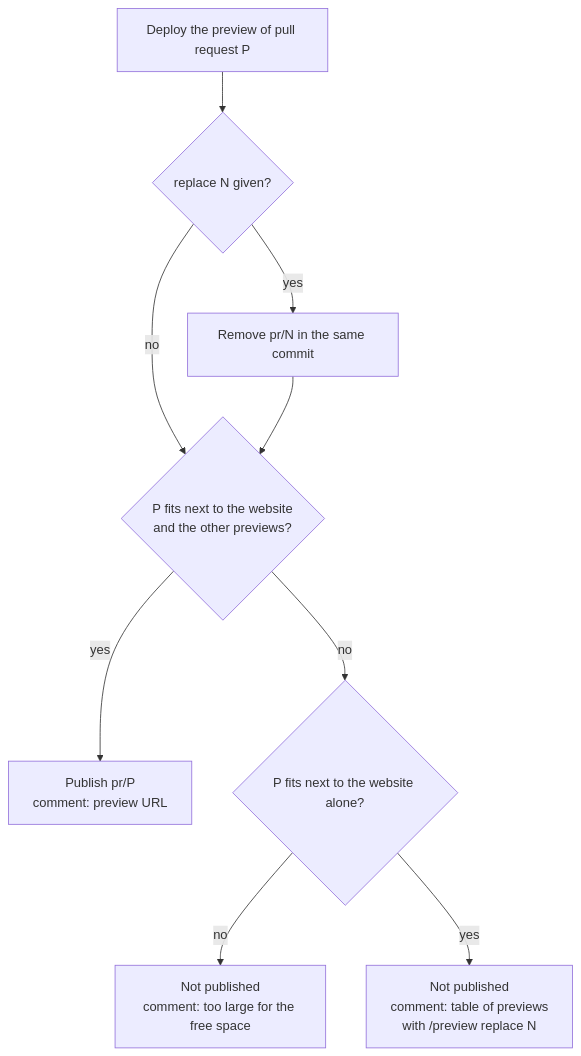
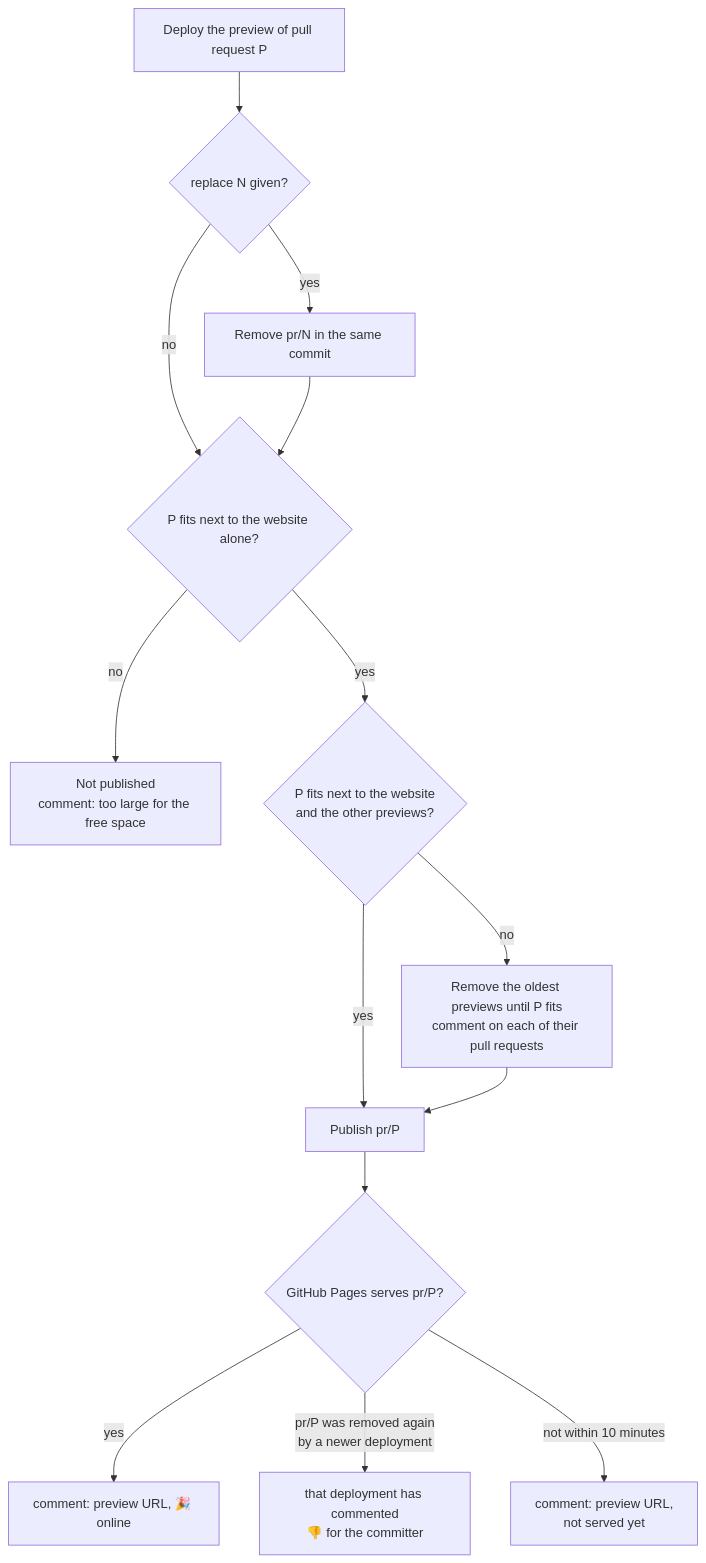
One commit to eclipse-tractusx/eclipse-tractusx.github.io changed the fourth of 5 diagrams in .github/workflows/README.md. Above: the diagram before and after it, drawn with Mermaid. The commit also changed other lines of this file and 4 other files, not shown here.

First line of the commit message:
feat(preview): the newest preview takes the space, and is verified online

````diff
--- a/.github/workflows/README.md
+++ b/.github/workflows/README.md
@@ -181,11 +180,16 @@
 ```mermaid
 flowchart TD
     start["Deploy the preview of pull request P"] --> rep{"replace N given?"}
     rep -- yes --> rm["Remove pr/N in the same commit"]
-    rep -- no --> fit
-    rm --> fit{"P fits next to the website<br/>and the other previews?"}
-    fit -- yes --> pub["Publish pr/P<br/>comment: preview URL"]
-    fit -- no --> alone{"P fits next to the website alone?"}
+    rep -- no --> alone
+    rm --> alone{"P fits next to the website alone?"}
     alone -- no --> nospace1["Not published<br/>comment: too large for the free space"]
-    alone -- yes --> nospace2["Not published<br/>comment: table of previews<br/>with /preview replace N"]
+    alone -- yes --> fit{"P fits next to the website<br/>and the other previews?"}
+    fit -- yes --> pub["Publish pr/P"]
+    fit -- no --> evict["Remove the oldest previews until P fits<br/>comment on each of their pull requests"]
+    evict --> pub
+    pub --> verify{"GitHub Pages serves pr/P?"}
+    verify -- yes --> online["comment: preview URL, 🎉 online"]
+    verify -- "pr/P was removed again<br/>by a newer deployment" --> gone["that deployment has commented<br/>👎 for the committer"]
+    verify -- "not within 10 minutes" --> pending["comment: preview URL,<br/>not served yet"]
 ```
````
